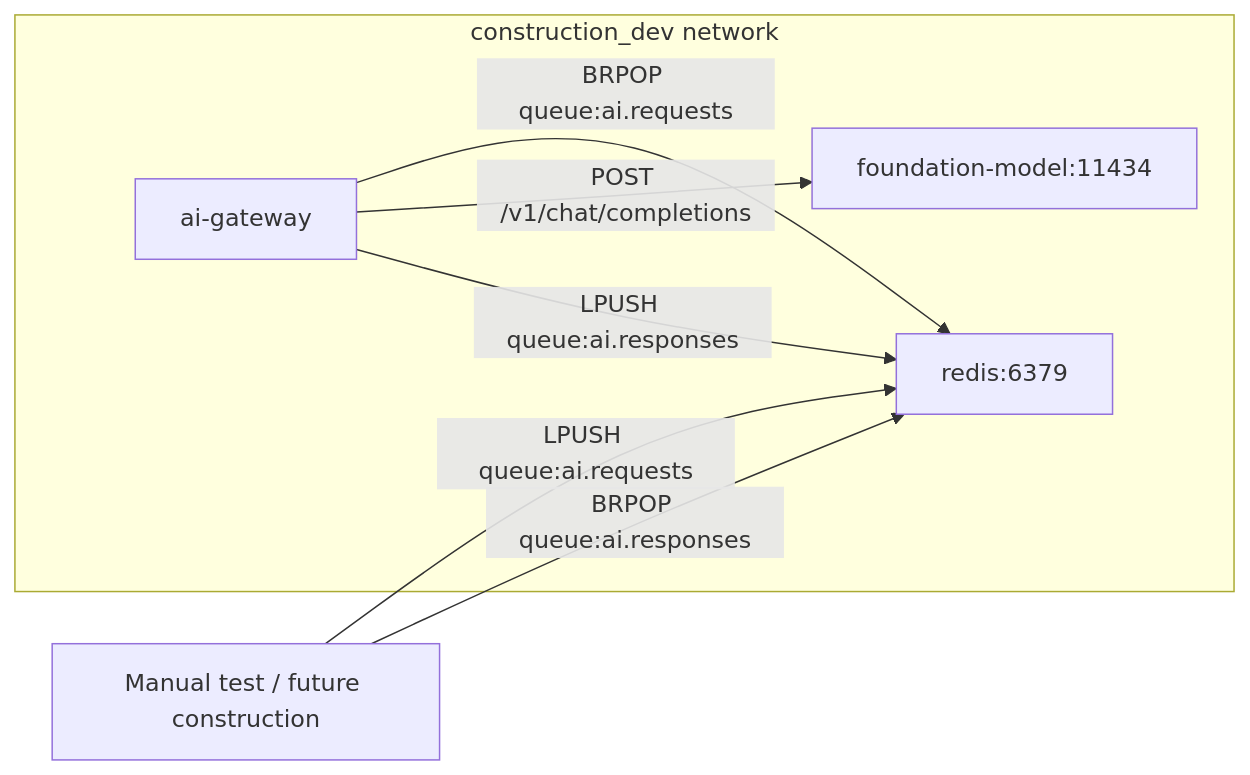
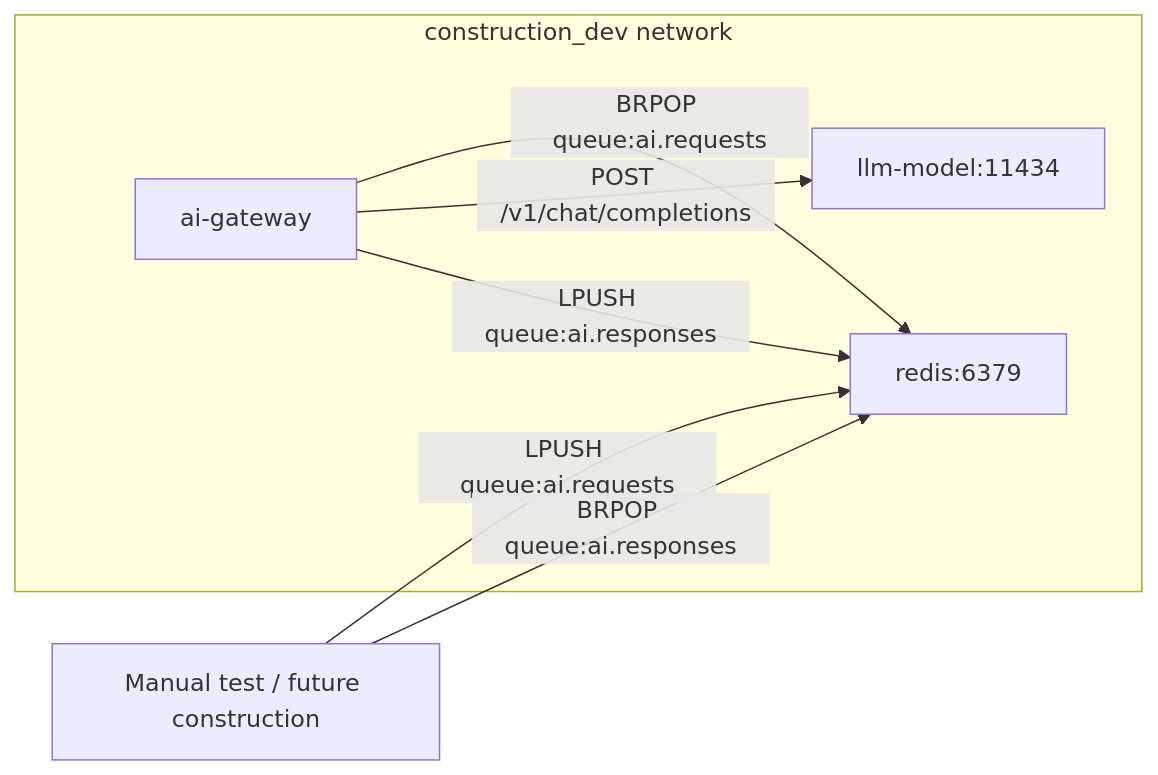
One commit to Michelb82/ai-gateway changed the first of 2 diagrams in feature/plan/ai_gateway_dummy_setup.md. Above: the diagram before and after it, drawn with Mermaid. The commit also changed other lines of this file and 28 other files, not shown here.

````diff
--- a/feature/plan/ai_gateway_dummy_setup.md
+++ b/feature/plan/ai_gateway_dummy_setup.md
@@ -44,14 +44,14 @@
 ```mermaid
 flowchart LR
   subgraph construction_dev [construction_dev network]
   Redis["redis:6379"]
   Gateway["ai-gateway"]
-  Ollama["foundation-model:11434"]
+  Ollama["llm-model:11434"]
   end
 
   TestClient["Manual test / future construction"] -->|"LPUSH queue:ai.requests"| Redis
   Gateway -->|"BRPOP queue:ai.requests"| Redis
   Gateway -->|"POST /v1/chat/completions"| Ollama
   Gateway -->|"LPUSH queue:ai.responses"| Redis
   TestClient -->|"BRPOP queue:ai.responses"| Redis
 ```
````
